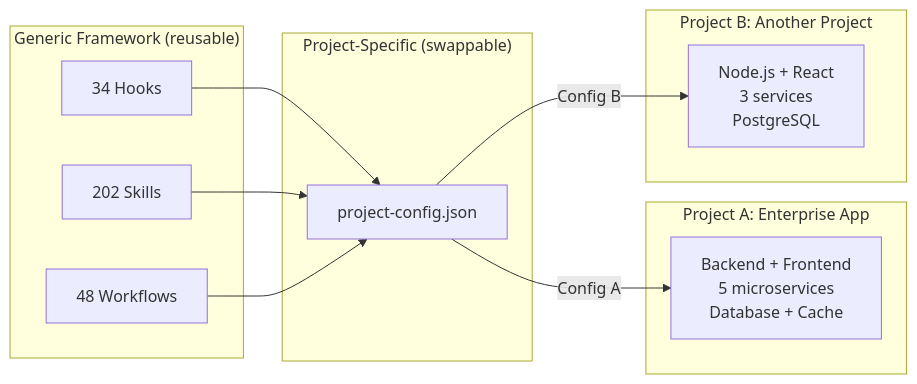
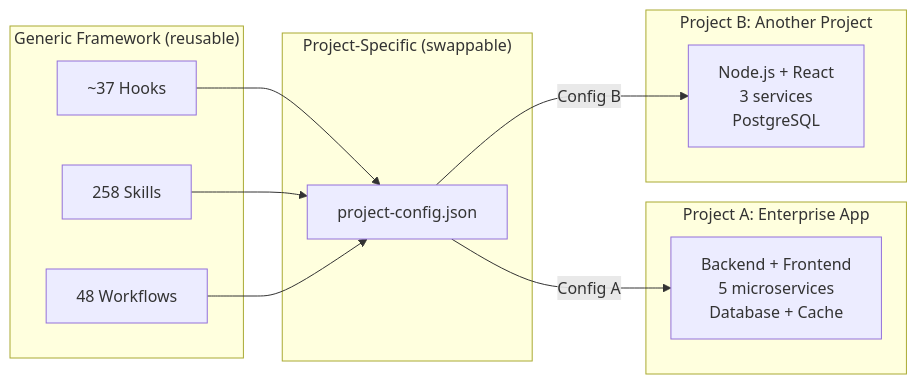
The eighth of 20 diagrams in .claude/docs/claude-ai-agent-framework-guide.md (duc01226/easy-claude), drawn with Mermaid before and after one commit. The commit also changed other lines of this file and 39 other files, not shown here.

First line of the commit message:
refactor(claude): split hooks into part-files, add integration-test skills

````diff
--- a/.claude/docs/claude-ai-agent-framework-guide.md
+++ b/.claude/docs/claude-ai-agent-framework-guide.md
@@ -895,24 +917,24 @@
 ```mermaid
 graph LR
     subgraph "Generic Framework (reusable)"
-        H[34 Hooks]
-        S[202 Skills]
+        H[~37 Hooks]
+        S[258 Skills]
         W[48 Workflows]
     end
 
     subgraph "Project-Specific (swappable)"
         PC[project-config.json]
     end
 
     subgraph "Project A: Enterprise App"
         PA[Backend + Frontend<br/>5 microservices<br/>Database + Cache]
     end
 
     subgraph "Project B: Another Project"
         PB[Node.js + React<br/>3 services<br/>PostgreSQL]
     end
 
     H & S & W --> PC
     PC -->|Config A| PA
     PC -->|Config B| PB
 ```
````
